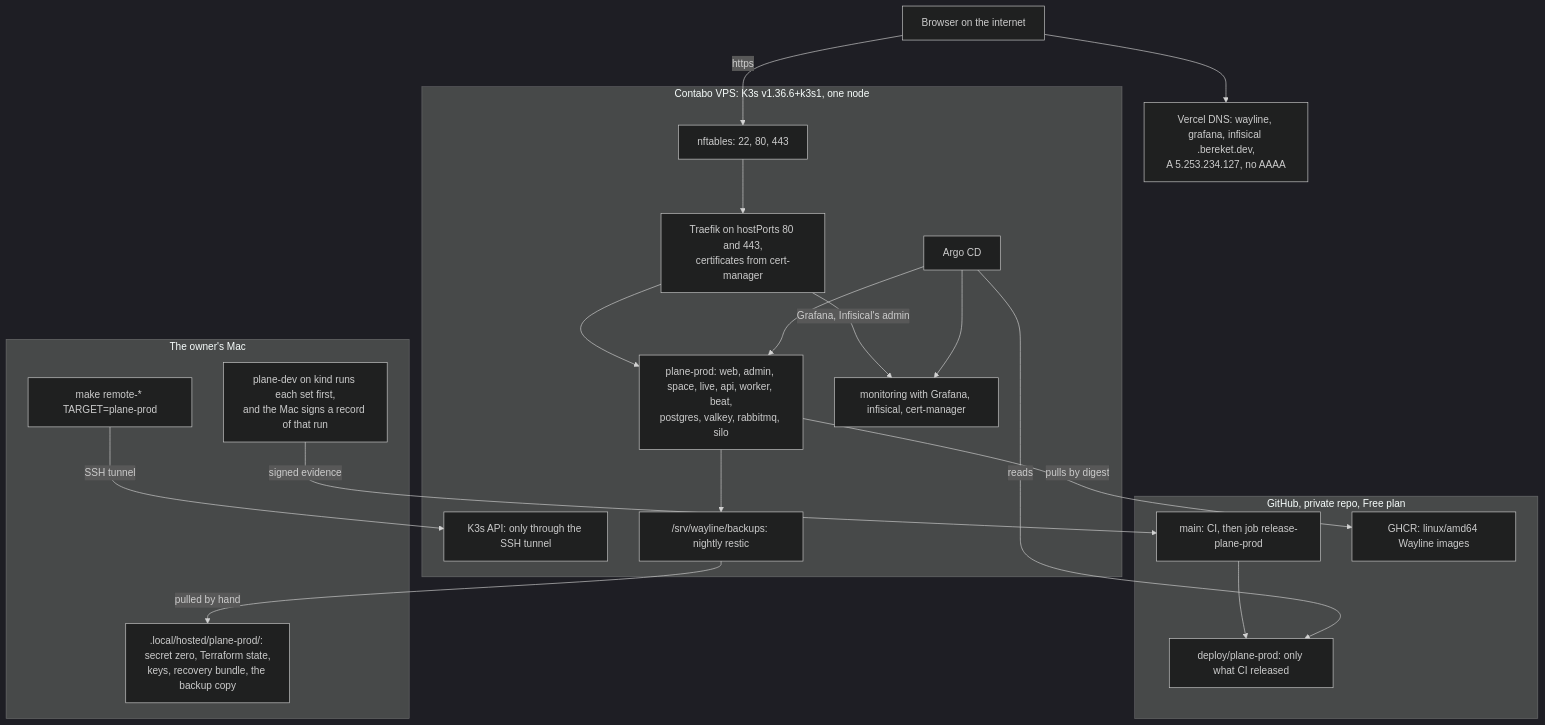
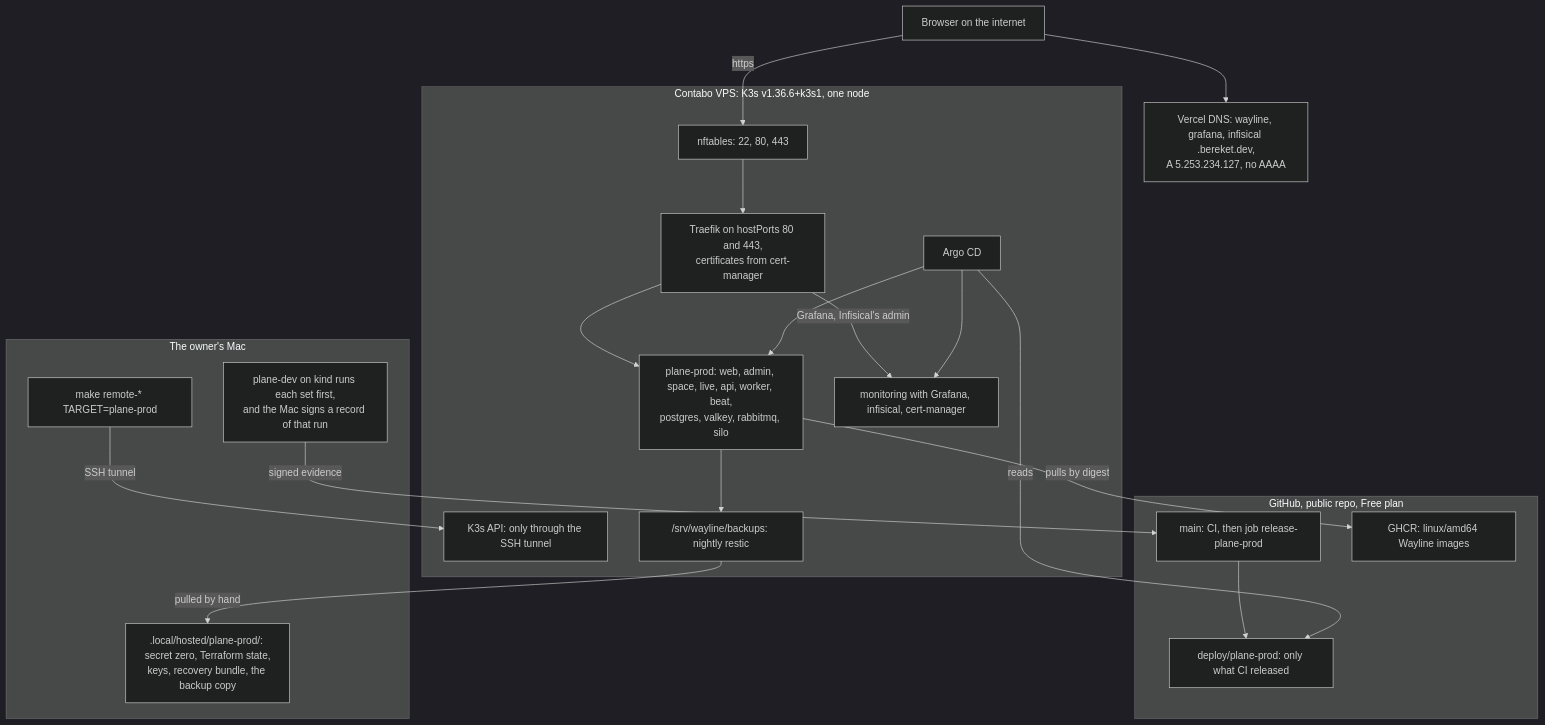
One commit to BereketAbera/plane-platform changed the second of 2 diagrams in README.md. Above: the diagram before and after it, drawn with Mermaid (dark theme). The commit also changed other lines of this file and 44 other files, not shown here.

````diff
--- a/README.md
+++ b/README.md
@@ -174,42 +174,42 @@
 ```mermaid
 flowchart TB
   browser["Browser on the internet"]
   vercel["Vercel DNS: wayline, grafana, infisical .bereket.dev,<br/>A 5.253.234.127, no AAAA"]
 
-  subgraph gh["GitHub, private repo, Free plan"]
+  subgraph gh["GitHub, public repo, Free plan"]
     main["main: CI, then job release-plane-prod"]
     deploybranch["deploy/plane-prod: only what CI released"]
     ghcr["GHCR: linux/amd64 Wayline images"]
   end
 
   subgraph mac["The owner's Mac"]
     devrun["plane-dev on kind runs each set first,<br/>and the Mac signs a record of that run"]
     hostedlocal[".local/hosted/plane-prod/: secret zero, Terraform state,<br/>keys, recovery bundle, the backup copy"]
     remote["make remote-* TARGET=plane-prod"]
   end
 
   subgraph vps["Contabo VPS: K3s v1.36.6+k3s1, one node"]
     edge["nftables: 22, 80, 443"]
     api["K3s API: only through the SSH tunnel"]
     traefik["Traefik on hostPorts 80 and 443,<br/>certificates from cert-manager"]
     argo["Argo CD"]
     plane["plane-prod: web, admin, space, live, api, worker, beat,<br/>postgres, valkey, rabbitmq, silo"]
     platform["monitoring with Grafana, infisical, cert-manager"]
     backups["/srv/wayline/backups: nightly restic"]
   end
 
   browser --> vercel
   browser -->|"https"| edge
   edge --> traefik
   traefik --> plane
   traefik -->|"Grafana, Infisical's admin"| platform
   devrun -->|"signed evidence"| main
   main --> deploybranch
   argo -->|"reads"| deploybranch
   argo --> plane
   argo --> platform
   plane -->|"pulls by digest"| ghcr
   plane --> backups
   backups -->|"pulled by hand"| hostedlocal
   remote -->|"SSH tunnel"| api
 ```
````
